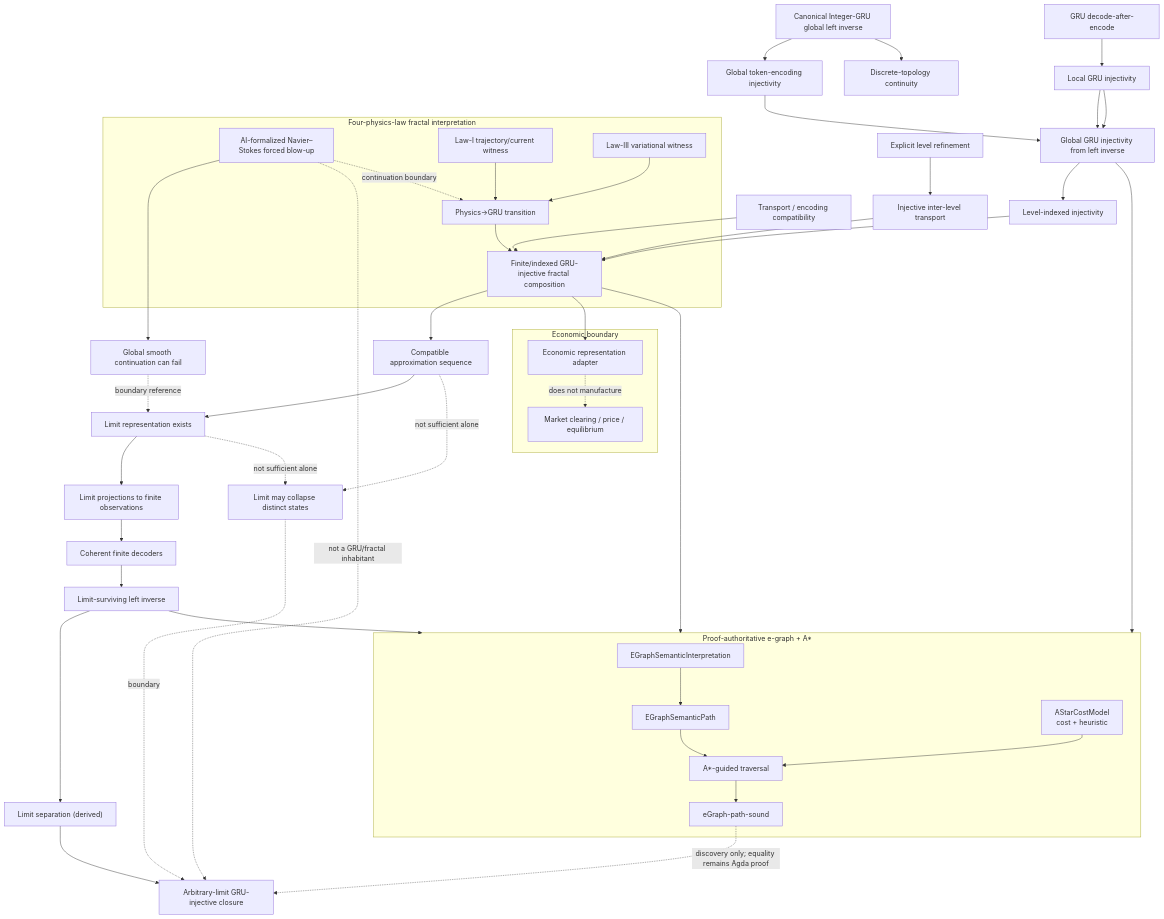
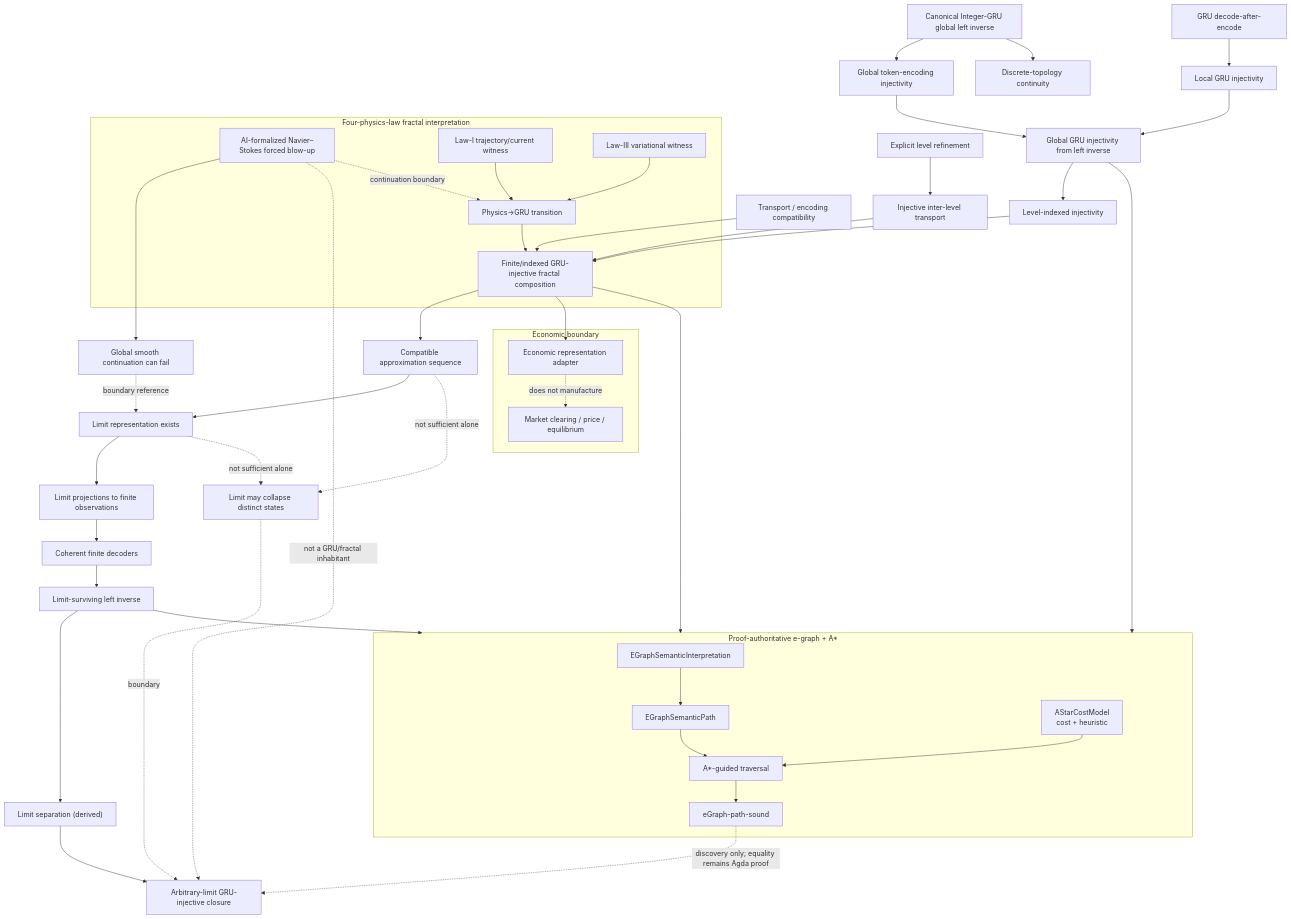
One commit to JohnChristianD/Actions changed the diagram in .ci/discovery/gru-fractal-arbitrary-limit-closure-2026-09-26.mmd. Above: the diagram before and after it, drawn with Mermaid.

Commit message:
graph: normalize Integer-GRU closure edge

```diff
--- a/.ci/discovery/gru-fractal-arbitrary-limit-closure-2026-09-26.mmd
+++ b/.ci/discovery/gru-fractal-arbitrary-limit-closure-2026-09-26.mmd
@@ -1,50 +1,49 @@
 flowchart TD
   CIGRU["Canonical Integer-GRU global left inverse"] --> CIGI["Global token-encoding injectivity"]
   CIGI --> GGI["Global GRU injectivity from left inverse"]
   CIGRU --> CONTD["Discrete-topology continuity"]
   GI["GRU decode-after-encode"] --> LI["Local GRU injectivity"]
-  LI --> GGI
   LI --> GGI["Global GRU injectivity from left inverse"]
   GGI --> IDX["Level-indexed injectivity"]
   REF["Explicit level refinement"] --> TR["Injective inter-level transport"]
   IDX --> COMP["Finite/indexed GRU-injective fractal composition"]
   TR --> COMP
   COMPAT["Transport / encoding compatibility"] --> COMP
   COMP --> APP["Compatible approximation sequence"]
   APP --> LIM["Limit representation exists"]
   LIM --> PROJ["Limit projections to finite observations"]
   PROJ --> COH["Coherent finite decoders"]
   COH --> LINV["Limit-surviving left inverse"]
   LINV --> SEP["Limit separation (derived)"]
   SEP --> ALI["Arbitrary-limit GRU-injective closure"]
   APP -. "not sufficient alone" .-> BAD["Limit may collapse distinct states"]
   LIM -. "not sufficient alone" .-> BAD
   BAD -. "boundary" .-> ALI
 
   subgraph SEARCH["Proof-authoritative e-graph + A*"]
     EG["EGraphSemanticInterpretation"] --> PATH["EGraphSemanticPath"]
     COST["AStarCostModel<br/>cost + heuristic"] --> ASTAR["A*-guided traversal"]
     PATH --> ASTAR
     ASTAR --> SOUND["eGraph-path-sound"]
   end
 
   GGI --> SEARCH
   COMP --> SEARCH
   LINV --> SEARCH
   SOUND -. "discovery only; equality remains Agda proof" .-> ALI
 
   NS["AI-formalized Navier–Stokes forced blow-up"] --> CONT["Global smooth continuation can fail"]
   CONT -. "boundary reference" .-> LIM
   NS -. "not a GRU/fractal inhabitant" .-> ALI
 
   subgraph PHYS["Four-physics-law fractal interpretation"]
     L1["Law-I trajectory/current witness"] --> PGRU["Physics→GRU transition"]
     L3["Law-III variational witness"] --> PGRU
     PGRU --> COMP
     NS -. "continuation boundary" .-> PGRU
   end
 
   subgraph ECON["Economic boundary"]
     COMP --> EREP["Economic representation adapter"]
     EREP -. "does not manufacture" .-> EQ["Market clearing / price / equilibrium"]
   end
```
